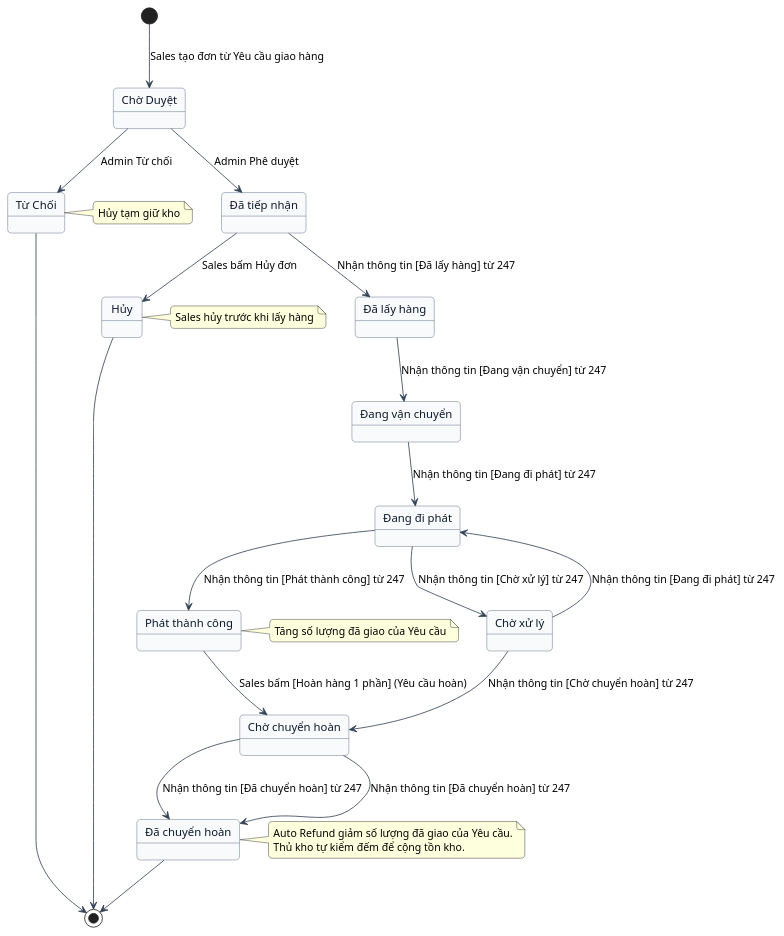
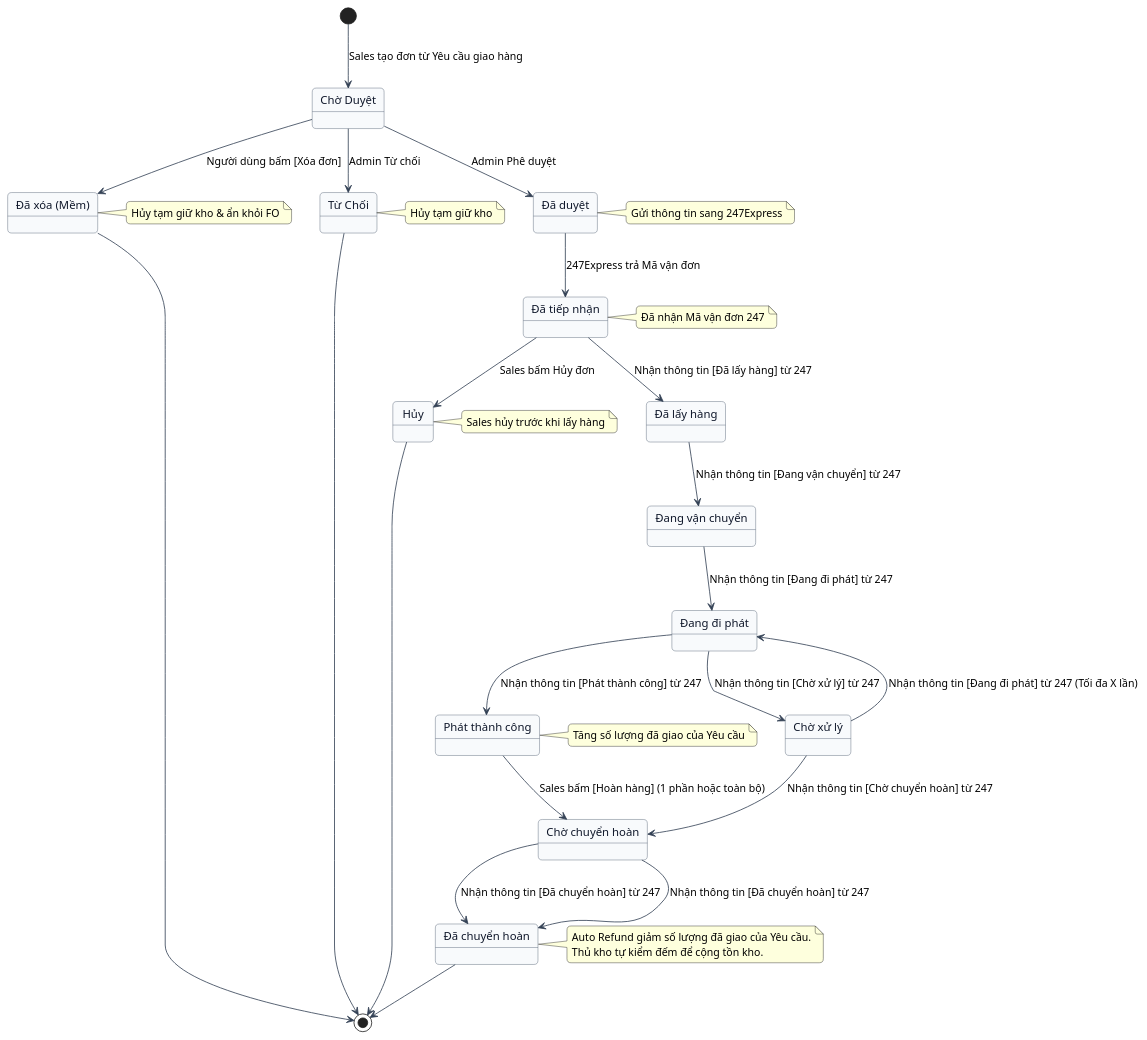
One commit to nlchis/DVM-SRS changed the third of 7 diagrams in docs/order-tracking/srs/states.md. Above: the diagram before and after it, drawn with PlantUML. The commit also changed other lines of this file and 10 other files, not shown here.

Commit message:
docs(order-tracking): cascade update spec, states, flows, brainstorms, wireframes, prototypes with 6 new business rules

````diff
--- a/docs/order-tracking/srs/states.md
+++ b/docs/order-tracking/srs/states.md
@@ -98,66 +98,82 @@
 ```plantuml
 @startuml
 skinparam RoundCorner 10
 skinparam StateBackgroundColor #F8FAFC
 skinparam StateBorderColor #475569
 skinparam StateFontColor #0F172A
 skinparam ArrowColor #334155
 
 [*] --> PENDING_APPROVAL : Sales tạo đơn từ Yêu cầu giao hàng
 
 state "Chờ Duyệt" as PENDING_APPROVAL
 
+state "Đã xóa (Mềm)" as SOFT_DELETED
+note right of SOFT_DELETED
+  Hủy tạm giữ kho & ẩn khỏi FO
+end note
+
 state "Từ Chối" as REJECTED
 note right of REJECTED
   Hủy tạm giữ kho
 end note
 
+state "Đã duyệt" as APPROVED
+note right of APPROVED
+  Gửi thông tin sang 247Express
+end note
+
 state "Đã tiếp nhận" as AWAITING_SHIPPING
+note right of AWAITING_SHIPPING
+  Đã nhận Mã vận đơn 247
+end note
 
 state "Hủy" as CANCELLED
 note right of CANCELLED
   Sales hủy trước khi lấy hàng
 end note
 
 state "Đã lấy hàng" as PICKED_UP
 state "Đang vận chuyển" as IN_TRANSIT
 state "Đang đi phát" as DELIVERING
 state "Chờ xử lý" as FAILED
 
 state "Phát thành công" as SUCCESS
 note right of SUCCESS
   Tăng số lượng đã giao của Yêu cầu
 end note
 
 state "Chờ chuyển hoàn" as RETURNING
 
 state "Đã chuyển hoàn" as RETURNED
 note right of RETURNED
   Auto Refund giảm số lượng đã giao của Yêu cầu.
   Thủ kho tự kiểm đếm để cộng tồn kho.
 end note
 
-PENDING_APPROVAL --> AWAITING_SHIPPING : Admin Phê duyệt
+PENDING_APPROVAL --> SOFT_DELETED : Người dùng bấm [Xóa đơn]
 PENDING_APPROVAL --> REJECTED : Admin Từ chối
+PENDING_APPROVAL --> APPROVED : Admin Phê duyệt
+APPROVED --> AWAITING_SHIPPING : 247Express trả Mã vận đơn
 
 AWAITING_SHIPPING --> CANCELLED : Sales bấm Hủy đơn
 AWAITING_SHIPPING --> PICKED_UP : Nhận thông tin [Đã lấy hàng] từ 247
 PICKED_UP --> IN_TRANSIT : Nhận thông tin [Đang vận chuyển] từ 247
 IN_TRANSIT --> DELIVERING : Nhận thông tin [Đang đi phát] từ 247
 DELIVERING --> SUCCESS : Nhận thông tin [Phát thành công] từ 247
 DELIVERING --> FAILED : Nhận thông tin [Chờ xử lý] từ 247
 
 ' Luồng giao lỗi và tự động hoàn
-FAILED --> DELIVERING : Nhận thông tin [Đang đi phát] từ 247
+FAILED --> DELIVERING : Nhận thông tin [Đang đi phát] từ 247 (Tối đa X lần)
 FAILED --> RETURNING : Nhận thông tin [Chờ chuyển hoàn] từ 247
 RETURNING --> RETURNED : Nhận thông tin [Đã chuyển hoàn] từ 247
 
-' Luồng khách yêu cầu hoàn sau khi đã nhận thành công (Trả 1 phần)
-SUCCESS --> RETURNING : Sales bấm [Hoàn hàng 1 phần] (Yêu cầu hoàn)
+' Luồng khách yêu cầu hoàn sau khi đã nhận thành công (Trả 1 phần hoặc toàn bộ)
+SUCCESS --> RETURNING : Sales bấm [Hoàn hàng] (1 phần hoặc toàn bộ)
 RETURNING --> RETURNED : Nhận thông tin [Đã chuyển hoàn] từ 247
 
+SOFT_DELETED --> [*]
 REJECTED --> [*]
 CANCELLED --> [*]
 RETURNED --> [*]
 @enduml
 ```
````
